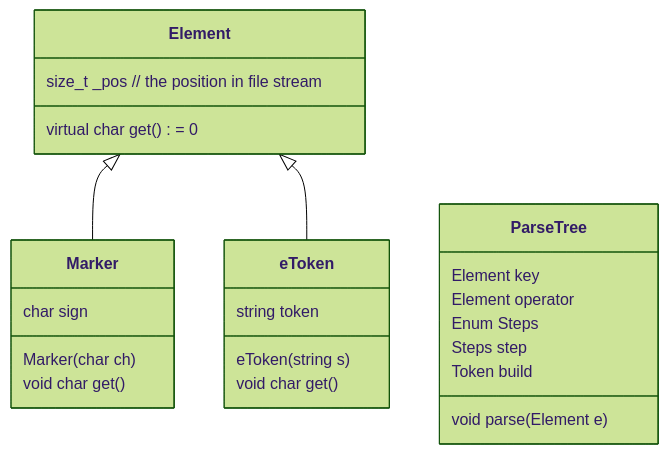
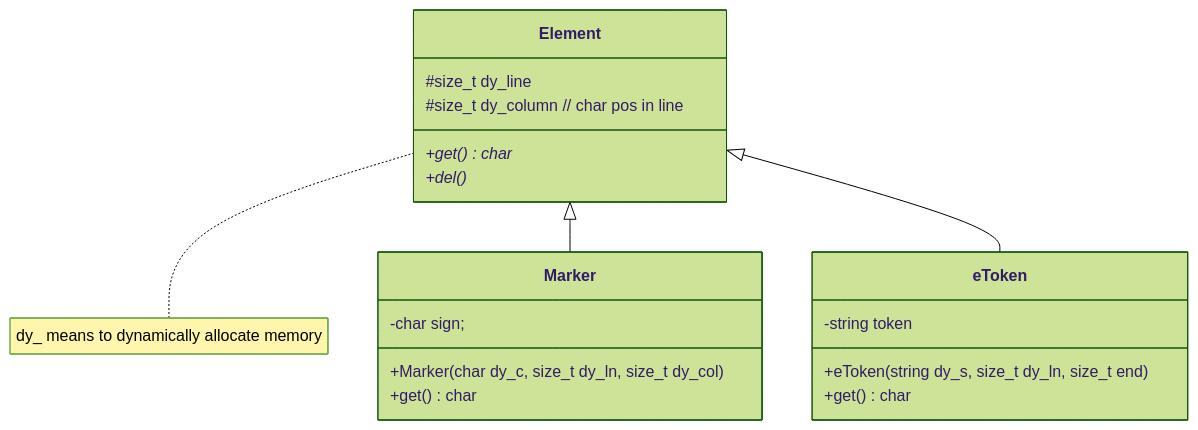
Before and after one commit to Supheria/FocusTree: the second of 7 diagrams in modding analysis/parser build/_parser/tokenize_process.md, drawn with Mermaid (forest theme). The commit also changed other lines of this file and 15 other files, not shown here.

````diff
--- a/modding analysis/parser build/_parser/tokenize_process.md
+++ b/modding analysis/parser build/_parser/tokenize_process.md
@@ -56,29 +56,24 @@
 ```mermaid
 classDiagram
 	class Element{
-		size_t _pos // the position in file stream
-		virtual char get() = 0
+		#size_t dy_line
+		#size_t dy_column // char pos in line
+		+get()* char
+		+del() *
 	}
+	note for Element "dy_ means to dynamically allocate memory"
 	class Marker{
-		char sign
-		Marker(char ch)
-		void char get()
+		-char sign;
+		+Marker(char dy_c, size_t dy_ln, size_t dy_col)
+		+get() char
 	}
 	class eToken{
-		string token
-		eToken(string s)
-		void char get()
+		-string token
+		+eToken(string dy_s, size_t dy_ln, size_t end)
+		+get() char
 	}
 	direction BT
 	Marker --|> Element
 	eToken --|> Element
 	
-	class ParseTree{
-		Element key
-		Element operator
-		Enum Steps
-		Steps step
-		Token build
-		void parse(Element e)
-	}
 ```
````
